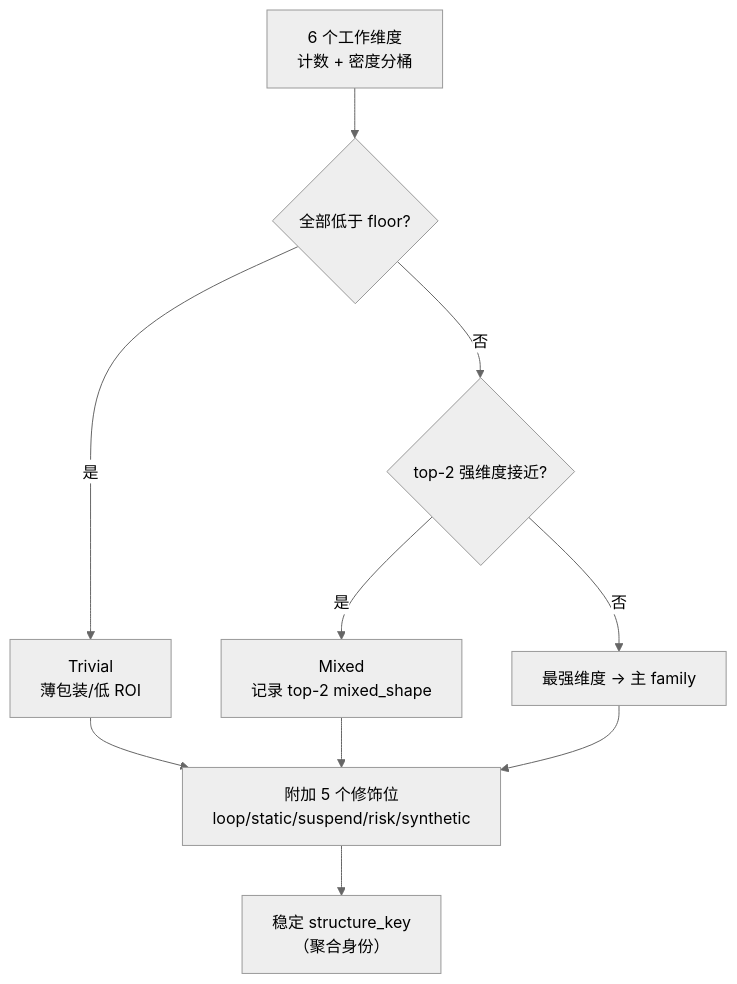
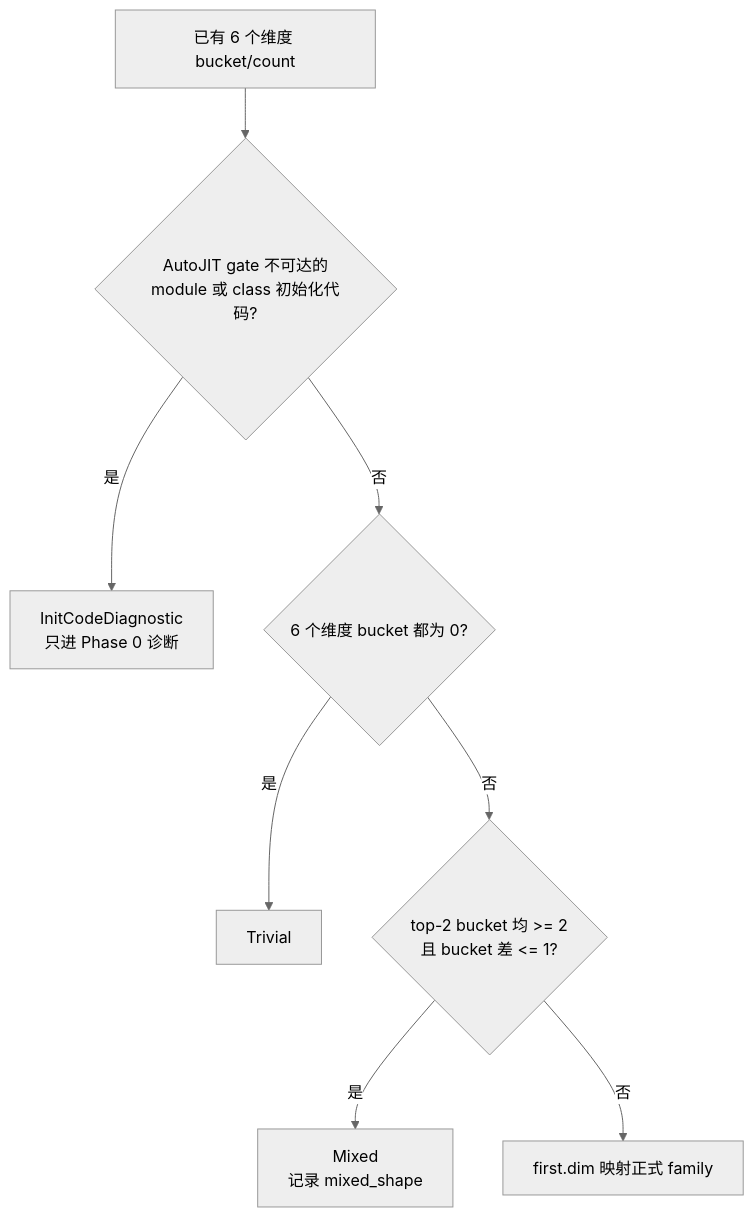
One commit to Cookie4Cat/cinderx-dev changed the fifth of 8 diagrams in docs/design/autojit-behavior-classification/【功能设计】AutoJIT 行为模式分类.md. Above: the diagram before and after it, drawn with Mermaid (neutral theme). The commit also changed other lines of this file and 2 other files, not shown here.

First line of the commit message:
docs(jit): 收敛 AutoJIT 行为分类设计决策

````diff
--- a/docs/design/autojit-behavior-classification/【功能设计】AutoJIT 行为模式分类.md
+++ b/docs/design/autojit-behavior-classification/【功能设计】AutoJIT 行为模式分类.md
@@ -164,12 +202,10 @@
 ```mermaid
 flowchart TB
-  Dims["6 个工作维度<br/>计数 + 密度分桶"] --> Q1{全部低于 floor?}
-  Q1 -- 是 --> Trivial["Trivial<br/>薄包装/低 ROI"]
-  Q1 -- 否 --> Q2{top-2 强维度接近?}
-  Q2 -- 是 --> Mixed["Mixed<br/>记录 top-2 mixed_shape"]
-  Q2 -- 否 --> Main["最强维度 → 主 family"]
-  Trivial --> Mod["附加 5 个修饰位<br/>loop/static/suspend/risk/synthetic"]
-  Mixed --> Mod
-  Main --> Mod
-  Mod --> Key["稳定 structure_key<br/>（聚合身份）"]
+  Start[已有 6 个维度 bucket/count] --> Init{AutoJIT gate 不可达的<br/>module 或 class 初始化代码?}
+  Init -- 是 --> InitDiag[InitCodeDiagnostic<br/>只进 Phase 0 诊断]
+  Init -- 否 --> Weak{6 个维度 bucket 都为 0?}
+  Weak -- 是 --> Trivial[Trivial]
+  Weak -- 否 --> Close{top-2 bucket 均 >= 2<br/>且 bucket 差 <= 1?}
+  Close -- 是 --> Mixed[Mixed<br/>记录 mixed_shape]
+  Close -- 否 --> Main[first.dim 映射正式 family]
 ```
````
